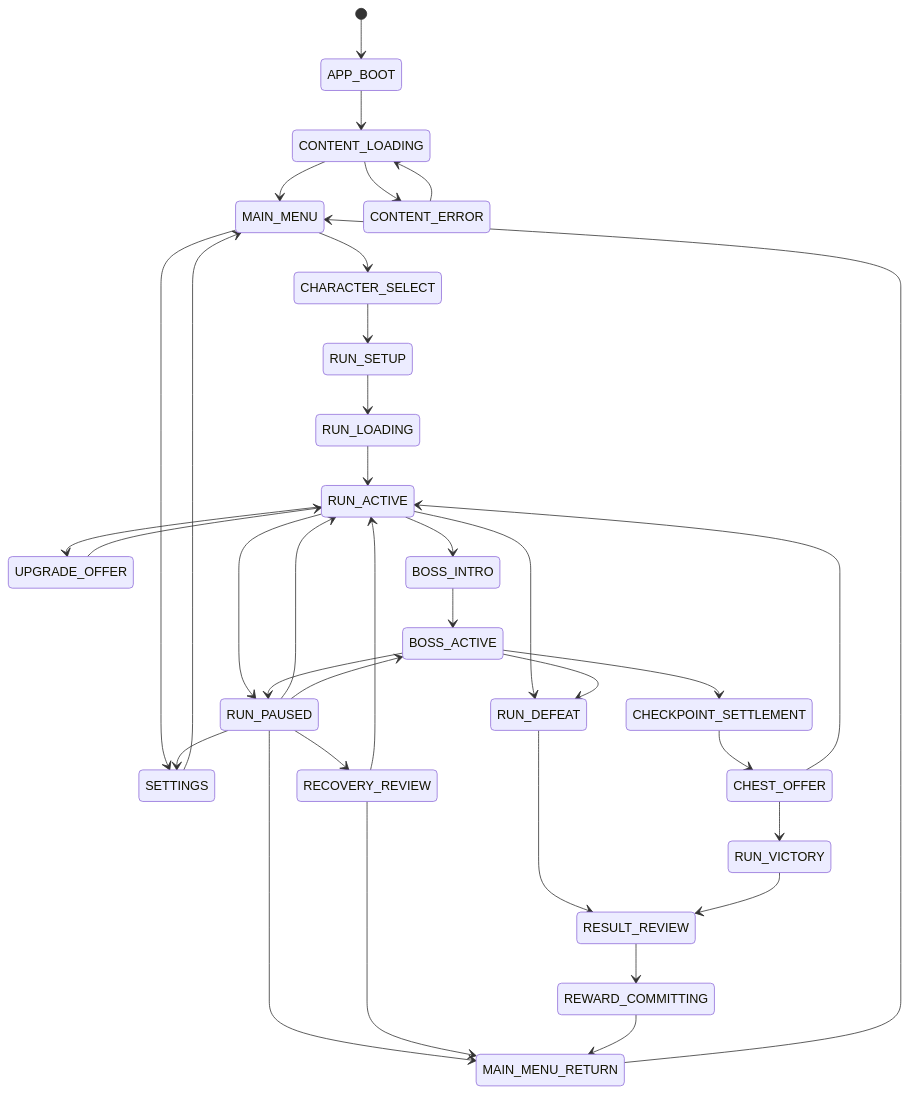
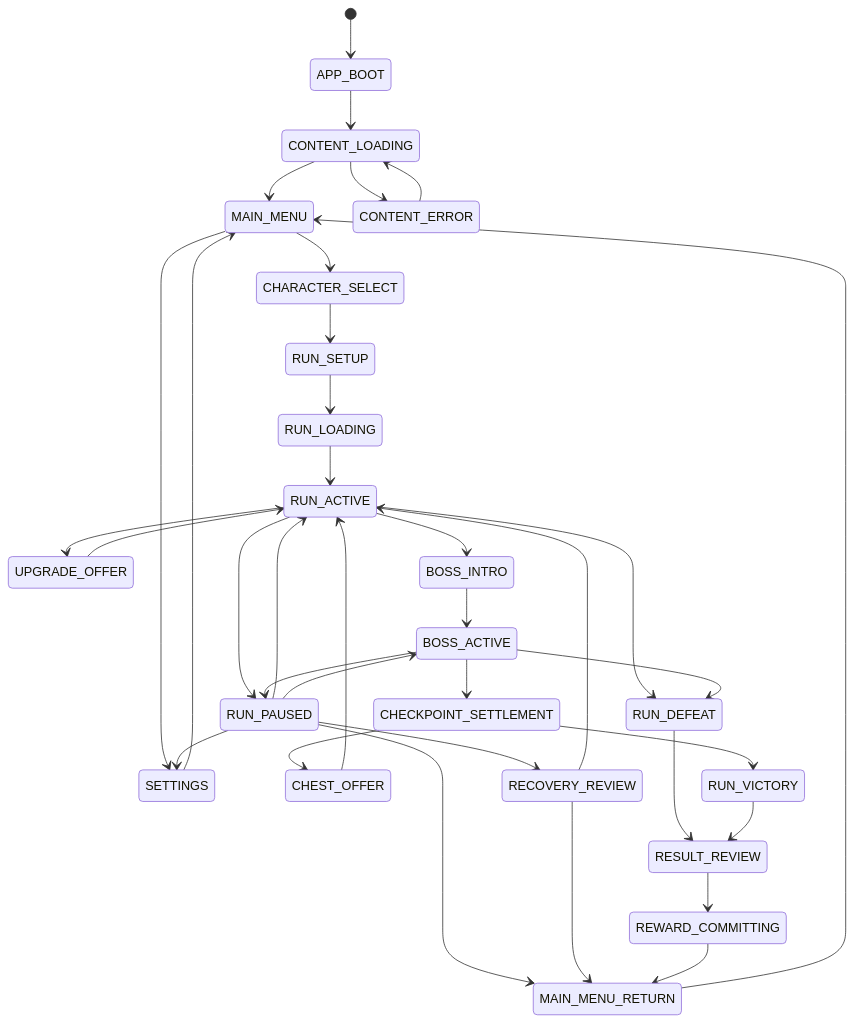
One commit to xxiamadelxx-blip/mac changed the diagram in docs/architecture/first-run/FIRST_RUN_STATE_MACHINE.md. Above: the diagram before and after it, drawn with Mermaid. The commit also changed other lines of this file, not shown here.

Commit message:
docs(architecture): model final boss without chest

```diff
--- a/docs/architecture/first-run/FIRST_RUN_STATE_MACHINE.md
+++ b/docs/architecture/first-run/FIRST_RUN_STATE_MACHINE.md
@@ -51,38 +51,38 @@
 ~~~mermaid
 stateDiagram-v2
     [*] --> APP_BOOT
     APP_BOOT --> CONTENT_LOADING
     CONTENT_LOADING --> MAIN_MENU
     CONTENT_LOADING --> CONTENT_ERROR
     CONTENT_ERROR --> CONTENT_LOADING
     MAIN_MENU --> SETTINGS
     SETTINGS --> MAIN_MENU
     MAIN_MENU --> CHARACTER_SELECT
     CHARACTER_SELECT --> RUN_SETUP
     RUN_SETUP --> RUN_LOADING
     RUN_LOADING --> RUN_ACTIVE
     RUN_ACTIVE --> UPGRADE_OFFER
     UPGRADE_OFFER --> RUN_ACTIVE
     RUN_ACTIVE --> BOSS_INTRO
     BOSS_INTRO --> BOSS_ACTIVE
     BOSS_ACTIVE --> CHECKPOINT_SETTLEMENT
     CHECKPOINT_SETTLEMENT --> CHEST_OFFER
+    CHECKPOINT_SETTLEMENT --> RUN_VICTORY
     CHEST_OFFER --> RUN_ACTIVE
-    CHEST_OFFER --> RUN_VICTORY
     RUN_ACTIVE --> RUN_PAUSED
     BOSS_ACTIVE --> RUN_PAUSED
     RUN_PAUSED --> RUN_ACTIVE
     RUN_PAUSED --> BOSS_ACTIVE
     RUN_PAUSED --> SETTINGS
     RUN_PAUSED --> MAIN_MENU_RETURN
     RUN_PAUSED --> RECOVERY_REVIEW
     RECOVERY_REVIEW --> RUN_ACTIVE
     RECOVERY_REVIEW --> MAIN_MENU_RETURN
     RUN_ACTIVE --> RUN_DEFEAT
     BOSS_ACTIVE --> RUN_DEFEAT
     RUN_DEFEAT --> RESULT_REVIEW
     RUN_VICTORY --> RESULT_REVIEW
     RESULT_REVIEW --> REWARD_COMMITTING
     REWARD_COMMITTING --> MAIN_MENU_RETURN
     MAIN_MENU_RETURN --> MAIN_MENU
 ~~~
```
